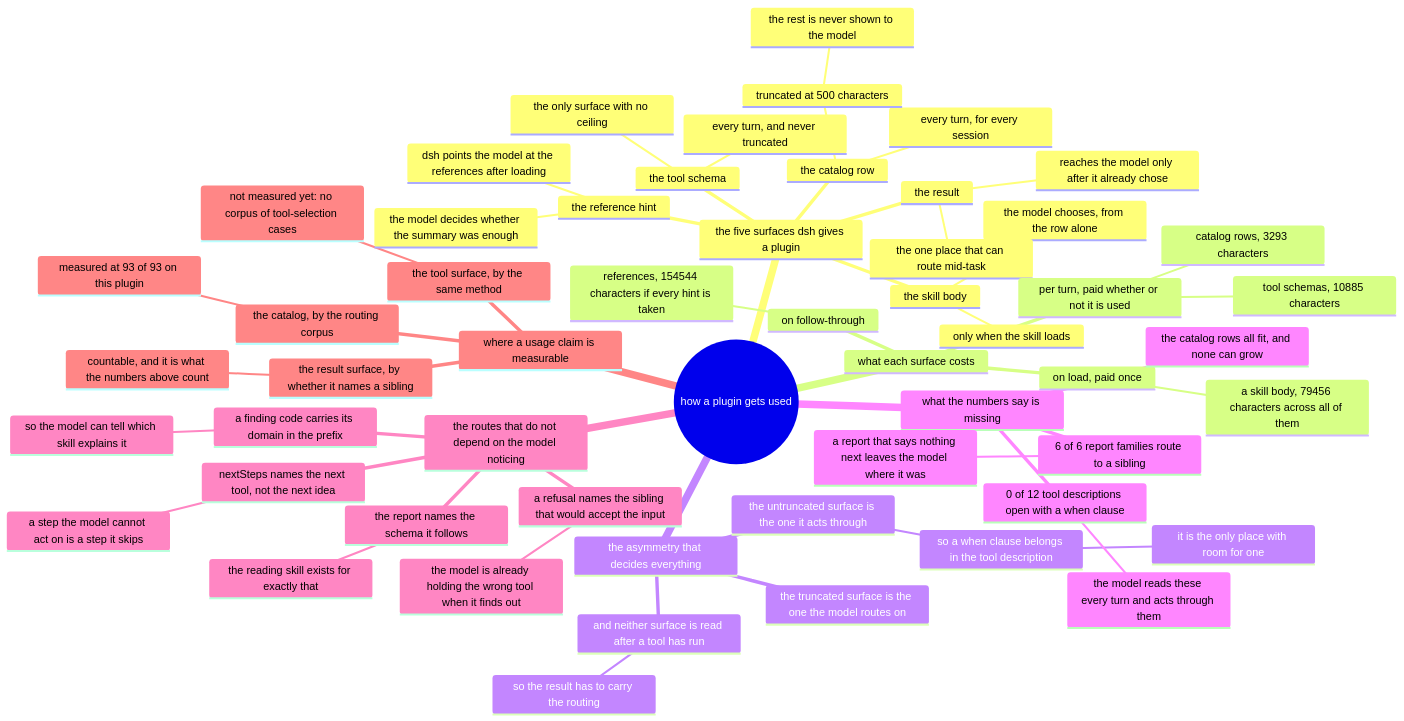
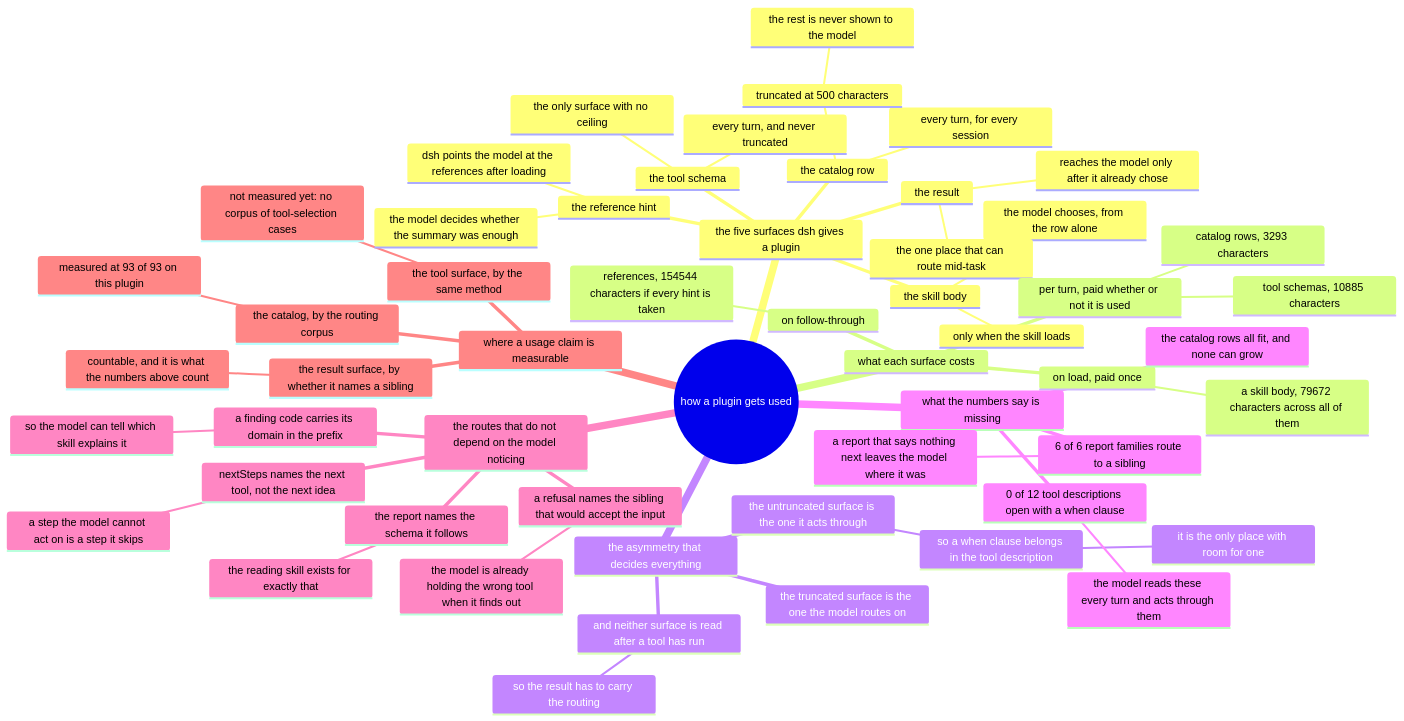
One commit to AmethystLuna/dsh-model-everything changed the diagram in docs/usage/mindmap.mmd. Above: the diagram before and after it, drawn with Mermaid. The commit also changed 9 other files, not shown here.

```diff
--- a/docs/usage/mindmap.mmd
+++ b/docs/usage/mindmap.mmd
@@ -1,56 +1,56 @@
 mindmap
 root((how a plugin gets used))
   the five surfaces dsh gives a plugin
     the catalog row
       every turn, for every session
       truncated at 500 characters
         the rest is never shown to the model
     the skill body
       only when the skill loads
       the model chooses, from the row alone
     the reference hint
       dsh points the model at the references after loading
       the model decides whether the summary was enough
     the tool schema
       every turn, and never truncated
       the only surface with no ceiling
     the result
       reaches the model only after it already chose
       the one place that can route mid-task
   what each surface costs
     per turn, paid whether or not it is used
       catalog rows, 3293 characters
       tool schemas, 10885 characters
     on load, paid once
-      a skill body, 79456 characters across all of them
+      a skill body, 79672 characters across all of them
     on follow-through
       references, 154544 characters if every hint is taken
   the asymmetry that decides everything
     the truncated surface is the one the model routes on
     the untruncated surface is the one it acts through
       so a when clause belongs in the tool description
         it is the only place with room for one
     and neither surface is read after a tool has run
       so the result has to carry the routing
   what the numbers say is missing
     0 of 12 tool descriptions open with a when clause
       the model reads these every turn and acts through them
     6 of 6 report families route to a sibling
       a report that says nothing next leaves the model where it was
     the catalog rows all fit, and none can grow
   the routes that do not depend on the model noticing
     a refusal names the sibling that would accept the input
       the model is already holding the wrong tool when it finds out
     nextSteps names the next tool, not the next idea
       a step the model cannot act on is a step it skips
     a finding code carries its domain in the prefix
       so the model can tell which skill explains it
     the report names the schema it follows
       the reading skill exists for exactly that
   where a usage claim is measurable
     the catalog, by the routing corpus
       measured at 93 of 93 on this plugin
     the tool surface, by the same method
       not measured yet: no corpus of tool-selection cases
     the result surface, by whether it names a sibling
       countable, and it is what the numbers above count
```
